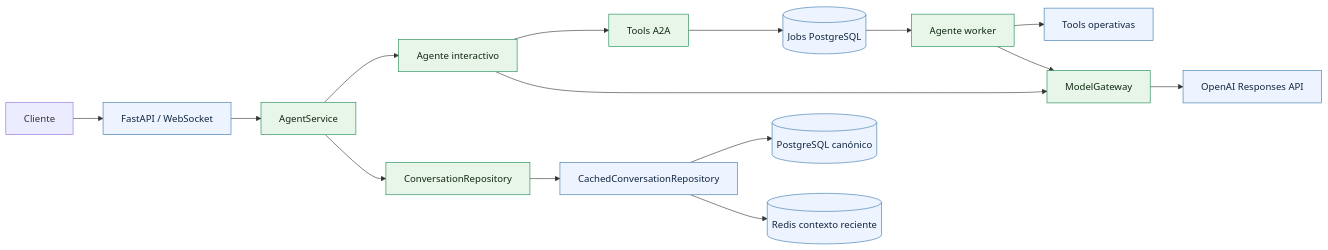
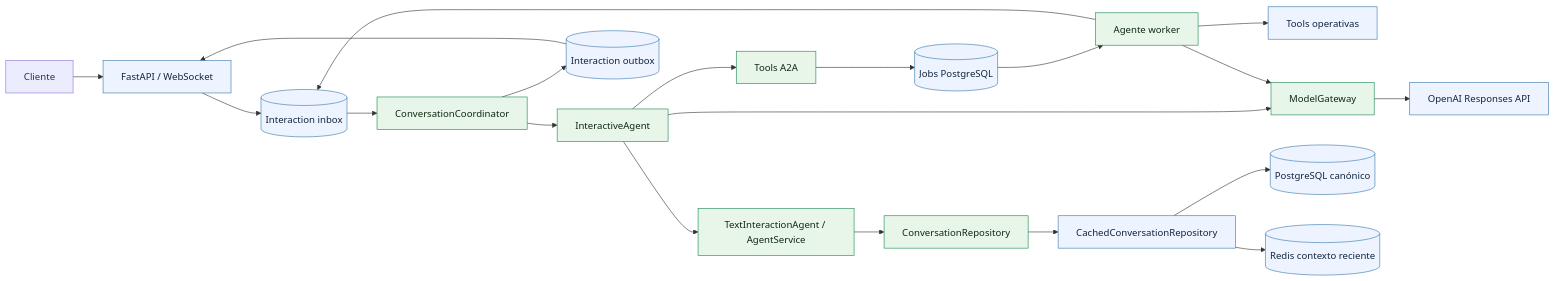
The first of 2 diagrams in README.md (SergioReyesM24/TesseraFlow), drawn with Mermaid before and after one commit. The commit also changed other lines of this file and 27 other files, not shown here.

````diff
--- a/README.md
+++ b/README.md
@@ -141,22 +143,27 @@
 ```mermaid
 flowchart LR
     Client[Cliente] --> API[FastAPI / WebSocket]
-    API --> Service[AgentService]
-    Service --> Interactive[Agente interactivo]
+    API --> Inbox[(Interaction inbox)]
+    Inbox --> Coordinator[ConversationCoordinator]
+    Coordinator --> Interactive[InteractiveAgent]
+    Interactive --> Service[TextInteractionAgent / AgentService]
     Interactive --> Protocol[Tools A2A]
     Protocol --> Jobs[(Jobs PostgreSQL)]
     Jobs --> Worker[Agente worker]
+    Worker --> Inbox
     Worker --> Tools[Tools operativas]
     Interactive --> Gateway[ModelGateway]
     Worker --> Gateway
     Gateway --> OpenAI[OpenAI Responses API]
+    Coordinator --> Outbox[(Interaction outbox)]
+    Outbox --> API
     Service --> Repository[ConversationRepository]
     Repository --> Cached[CachedConversationRepository]
     Cached --> PostgreSQL[(PostgreSQL canónico)]
     Cached --> Redis[(Redis contexto reciente)]
 
     classDef core fill:#e8f5e9,stroke:#198754,color:#102a13
     classDef adapter fill:#eef4ff,stroke:#3776ab,color:#10253f
-    class Service,Interactive,Protocol,Worker,Gateway,Repository core
-    class API,OpenAI,Tools,Jobs,Cached,PostgreSQL,Redis adapter
+    class Coordinator,Service,Interactive,Protocol,Worker,Gateway,Repository core
+    class API,Inbox,Outbox,OpenAI,Tools,Jobs,Cached,PostgreSQL,Redis adapter
 ```
````
